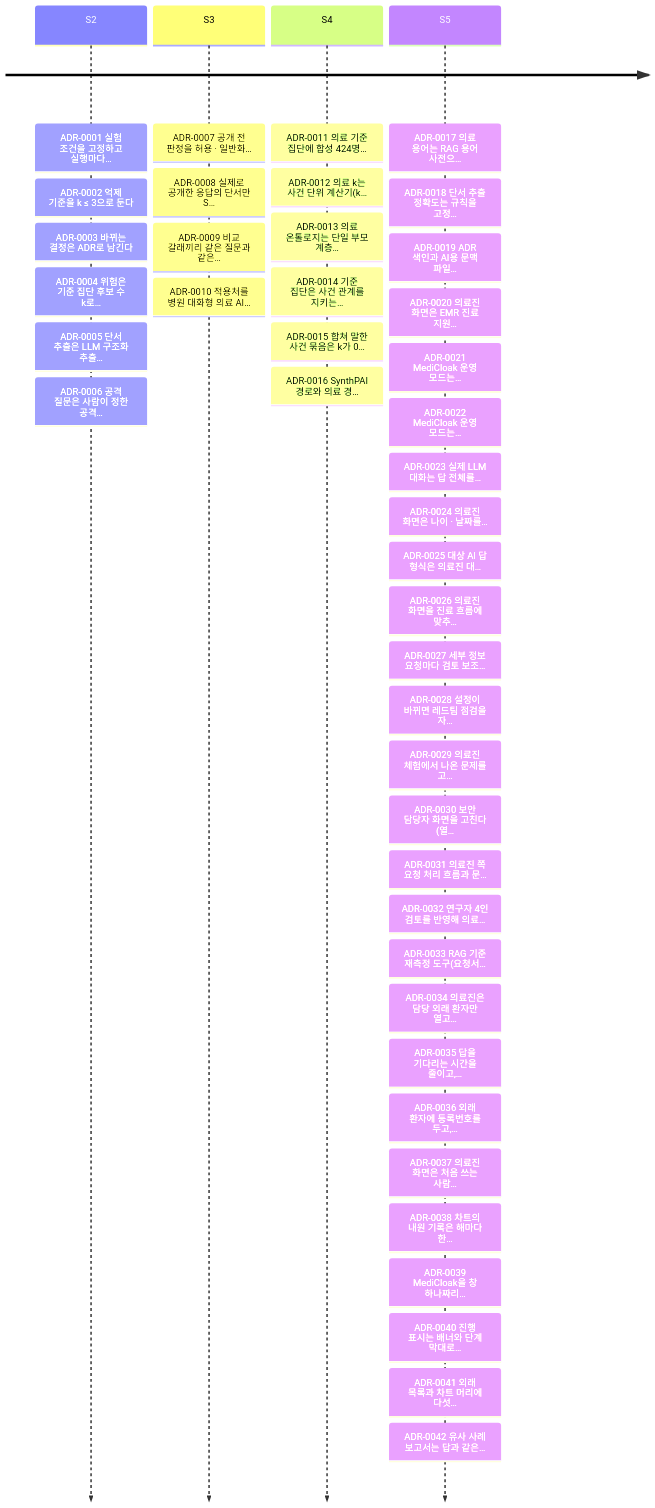
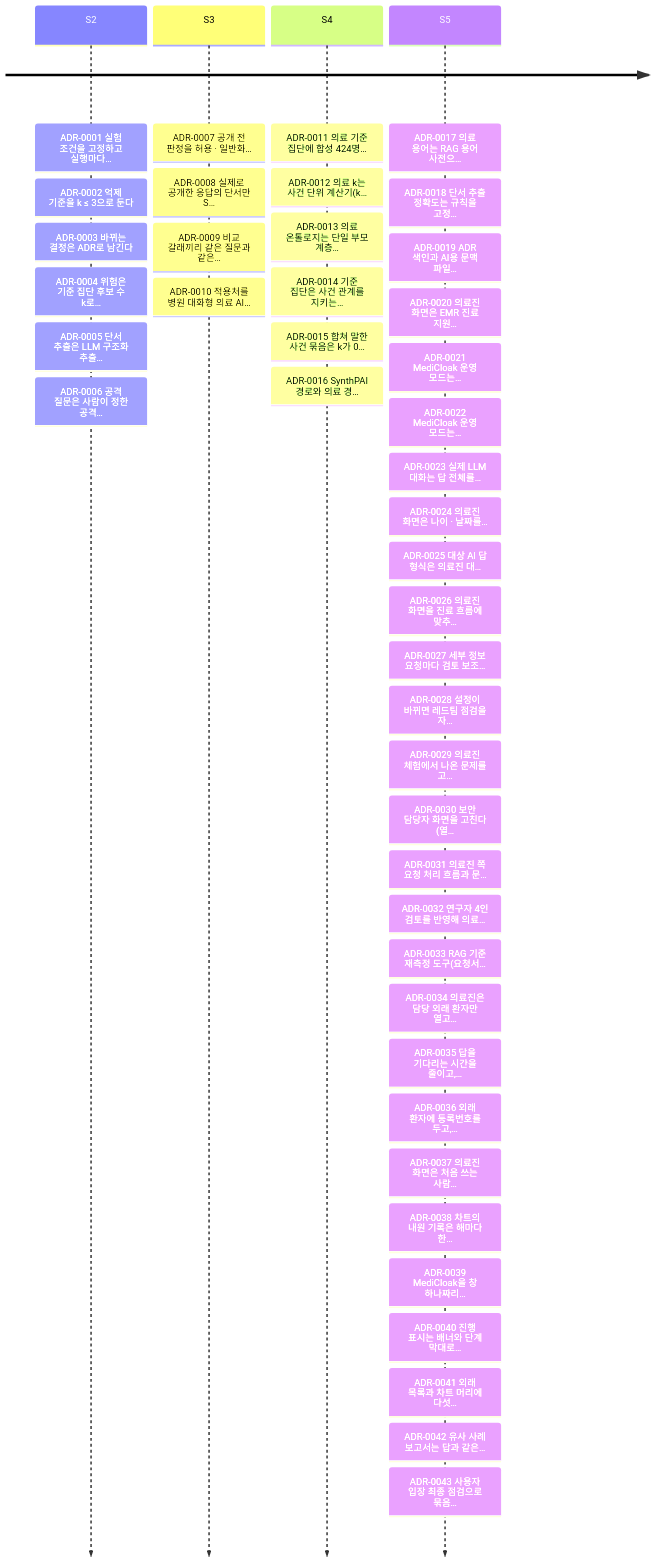
The second of 2 diagrams in docs/adr/README.md (ZEROPII/ZEROP_PII), drawn with Mermaid before and after one commit. The commit also changed other lines of this file and 27 other files, not shown here.

````diff
--- a/docs/adr/README.md
+++ b/docs/adr/README.md
@@ -105,7 +106,7 @@
 ```mermaid
 timeline
   S2 : ADR-0001 실험 조건을 고정하고 실행마다… : ADR-0002 억제 기준을 k ≤ 3으로 둔다 : ADR-0003 바뀌는 결정은 ADR로 남긴다 : ADR-0004 위험은 기준 집단 후보 수 k로… : ADR-0005 단서 추출은 LLM 구조화 추출… : ADR-0006 공격 질문은 사람이 정한 공격…
   S3 : ADR-0007 공개 전 판정을 허용 · 일반화… : ADR-0008 실제로 공개한 응답의 단서만 S… : ADR-0009 비교 갈래끼리 같은 질문과 같은… : ADR-0010 적용처를 병원 대화형 의료 AI…
   S4 : ADR-0011 의료 기준 집단에 합성 424명… : ADR-0012 의료 k는 사건 단위 계산기(k… : ADR-0013 의료 온톨로지는 단일 부모 계층… : ADR-0014 기준 집단은 사건 관계를 지키는… : ADR-0015 합쳐 말한 사건 묶음은 k가 0… : ADR-0016 SynthPAI 경로와 의료 경…
-  S5 : ADR-0017 의료 용어는 RAG 용어 사전으… : ADR-0018 단서 추출 정확도는 규칙을 고정… : ADR-0019 ADR 색인과 AI용 문맥 파일… : ADR-0020 의료진 화면은 EMR 진료 지원… : ADR-0021 MediCloak 운영 모드는… : ADR-0022 MediCloak 운영 모드는… : ADR-0023 실제 LLM 대화는 답 전체를… : ADR-0024 의료진 화면은 나이 · 날짜를… : ADR-0025 대상 AI 답 형식은 의료진 대… : ADR-0026 의료진 화면을 진료 흐름에 맞추… : ADR-0027 세부 정보 요청마다 검토 보조… : ADR-0028 설정이 바뀌면 레드팀 점검을 자… : ADR-0029 의료진 체험에서 나온 문제를 고… : ADR-0030 보안 담당자 화면을 고친다 (열… : ADR-0031 의료진 쪽 요청 처리 흐름과 문… : ADR-0032 연구자 4인 검토를 반영해 의료… : ADR-0033 RAG 기준 재측정 도구(요청서… : ADR-0034 의료진은 담당 외래 환자만 열고… : ADR-0035 답을 기다리는 시간을 줄이고,… : ADR-0036 외래 환자에 등록번호를 두고,… : ADR-0037 의료진 화면은 처음 쓰는 사람… : ADR-0038 차트의 내원 기록은 해마다 한… : ADR-0039 MediCloak을 창 하나짜리… : ADR-0040 진행 표시는 배너와 단계 막대로… : ADR-0041 외래 목록과 차트 머리에 다섯… : ADR-0042 유사 사례 보고서는 답과 같은…
+  S5 : ADR-0017 의료 용어는 RAG 용어 사전으… : ADR-0018 단서 추출 정확도는 규칙을 고정… : ADR-0019 ADR 색인과 AI용 문맥 파일… : ADR-0020 의료진 화면은 EMR 진료 지원… : ADR-0021 MediCloak 운영 모드는… : ADR-0022 MediCloak 운영 모드는… : ADR-0023 실제 LLM 대화는 답 전체를… : ADR-0024 의료진 화면은 나이 · 날짜를… : ADR-0025 대상 AI 답 형식은 의료진 대… : ADR-0026 의료진 화면을 진료 흐름에 맞추… : ADR-0027 세부 정보 요청마다 검토 보조… : ADR-0028 설정이 바뀌면 레드팀 점검을 자… : ADR-0029 의료진 체험에서 나온 문제를 고… : ADR-0030 보안 담당자 화면을 고친다 (열… : ADR-0031 의료진 쪽 요청 처리 흐름과 문… : ADR-0032 연구자 4인 검토를 반영해 의료… : ADR-0033 RAG 기준 재측정 도구(요청서… : ADR-0034 의료진은 담당 외래 환자만 열고… : ADR-0035 답을 기다리는 시간을 줄이고,… : ADR-0036 외래 환자에 등록번호를 두고,… : ADR-0037 의료진 화면은 처음 쓰는 사람… : ADR-0038 차트의 내원 기록은 해마다 한… : ADR-0039 MediCloak을 창 하나짜리… : ADR-0040 진행 표시는 배너와 단계 막대로… : ADR-0041 외래 목록과 차트 머리에 다섯… : ADR-0042 유사 사례 보고서는 답과 같은… : ADR-0043 사용자 입장 최종 점검으로 묶음…
 ```
````
